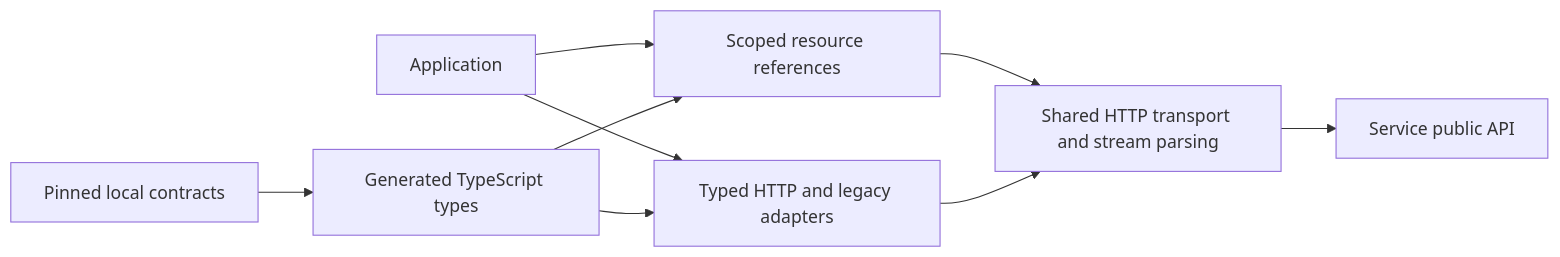
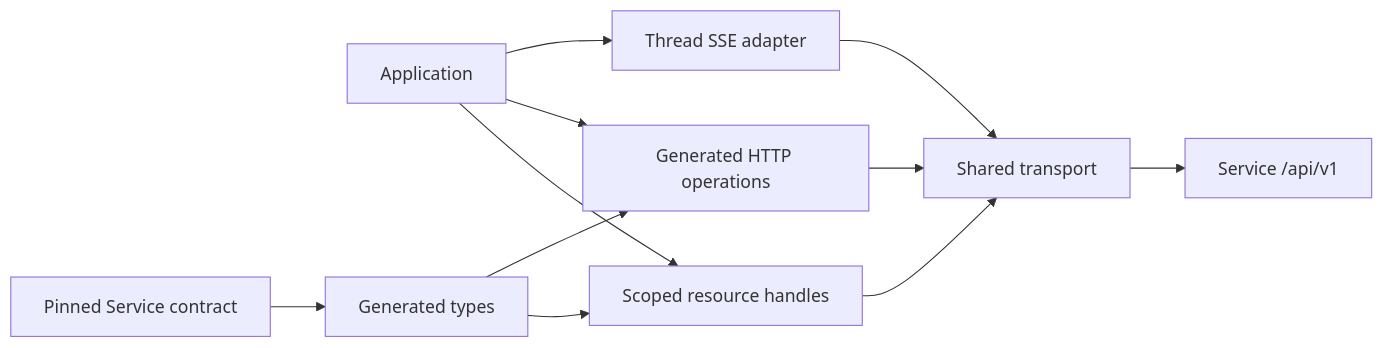
One commit to converge-ai-labs/a13n-sdk-typescript changed the diagram in spec/00-overview.md. Above: the diagram before and after it, drawn with Mermaid. The commit also changed other lines of this file and 57 other files, not shown here.

First line of the commit message:
feat(sdk)!: adopt workspace-scoped Native Service API (#22)

````diff
--- a/spec/00-overview.md
+++ b/spec/00-overview.md
@@ -7,11 +5,13 @@
 ```mermaid
 flowchart LR
-    App[Application] --> Resources[Scoped resource references]
-    App --> Raw[Typed HTTP and legacy adapters]
-    Resources --> Transport[Shared HTTP transport and stream parsing]
-    Raw --> Transport
-    Transport --> Service[Service public API]
-    Inputs[Pinned local contracts] --> Types[Generated TypeScript types]
-    Types --> Resources
-    Types --> Raw
+  App[Application] --> Resources[Scoped resource handles]
+  App --> HTTP[Generated HTTP operations]
+  App --> SSE[Thread SSE adapter]
+  Resources --> Transport[Shared transport]
+  HTTP --> Transport
+  SSE --> Transport
+  Transport --> Service[Service /api/v1]
+  Pin[Pinned Service contract] --> Types[Generated types]
+  Types --> Resources
+  Types --> HTTP
 ```
````
